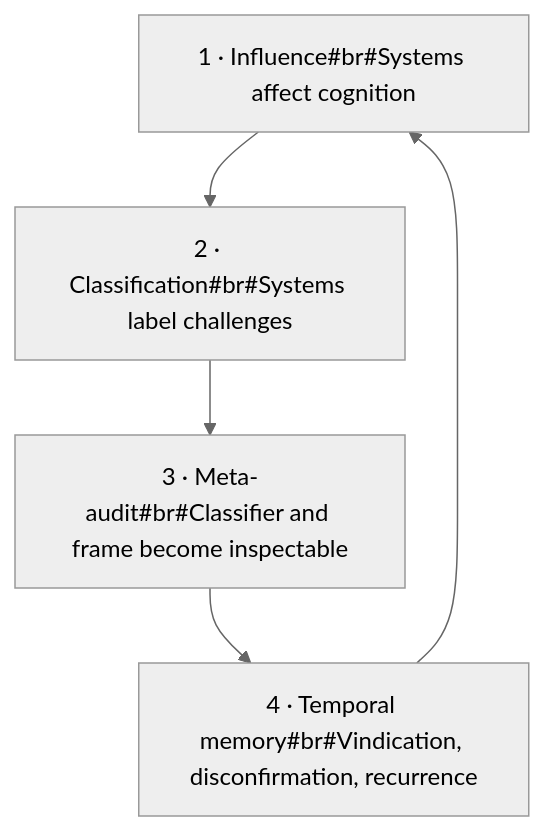
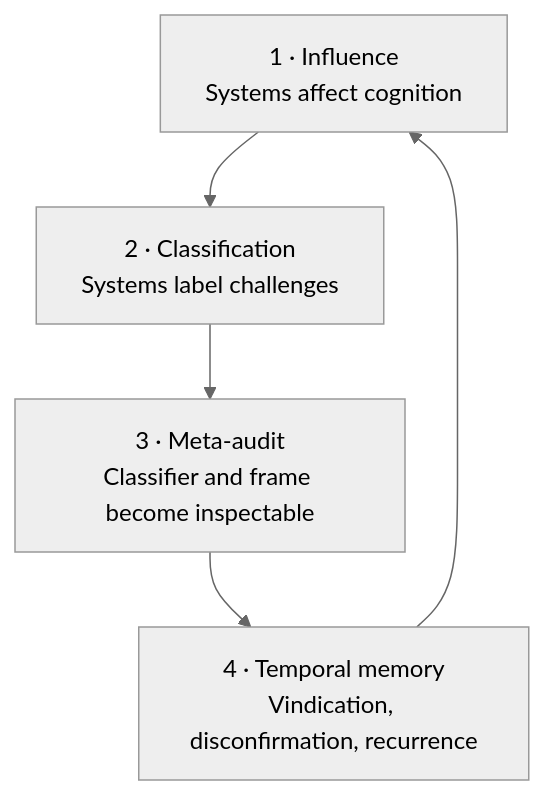
One commit to deepethics/ACCM-Deep-Ethics-Project changed the second of 2 diagrams in COGNITIVE-WARFARE/index.md. Above: the diagram before and after it, drawn with Mermaid (neutral theme). The commit also changed 2 other files, not shown here.

Commit message:
Fix four-layer Mermaid labels

```diff
--- a/COGNITIVE-WARFARE/index.md
+++ b/COGNITIVE-WARFARE/index.md
@@ -297,7 +297,11 @@
 <div class="mermaid">
 flowchart TD
-    A["1 · Influence#br#Systems affect cognition"] --> B["2 · Classification#br#Systems label challenges"]
-    B --> C["3 · Meta-audit#br#Classifier and frame become inspectable"]
-    C --> D["4 · Temporal memory#br#Vindication, disconfirmation, recurrence"]
+    A["`1 · Influence
+    Systems affect cognition`"] --> B["`2 · Classification
+    Systems label challenges`"]
+    B --> C["`3 · Meta-audit
+    Classifier and frame become inspectable`"]
+    C --> D["`4 · Temporal memory
+    Vindication, disconfirmation, recurrence`"]
     D --> A
 </div>
```
